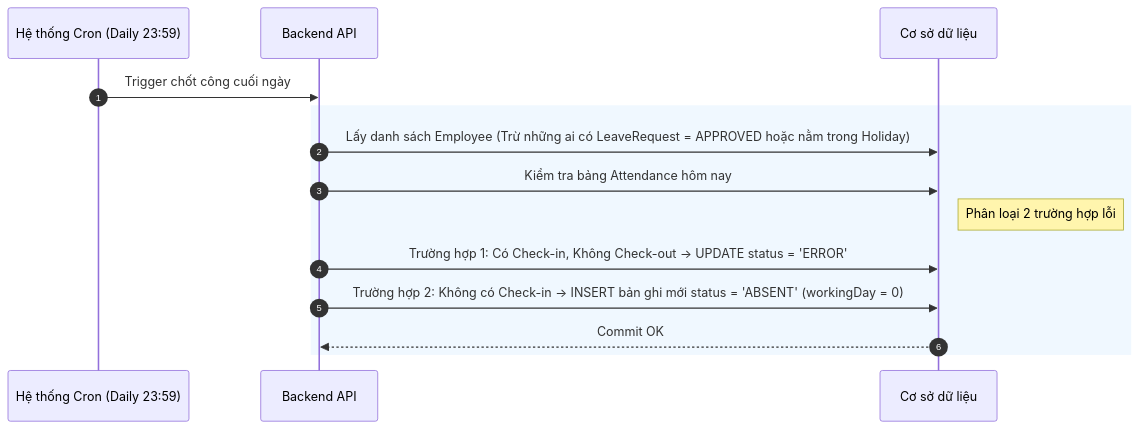
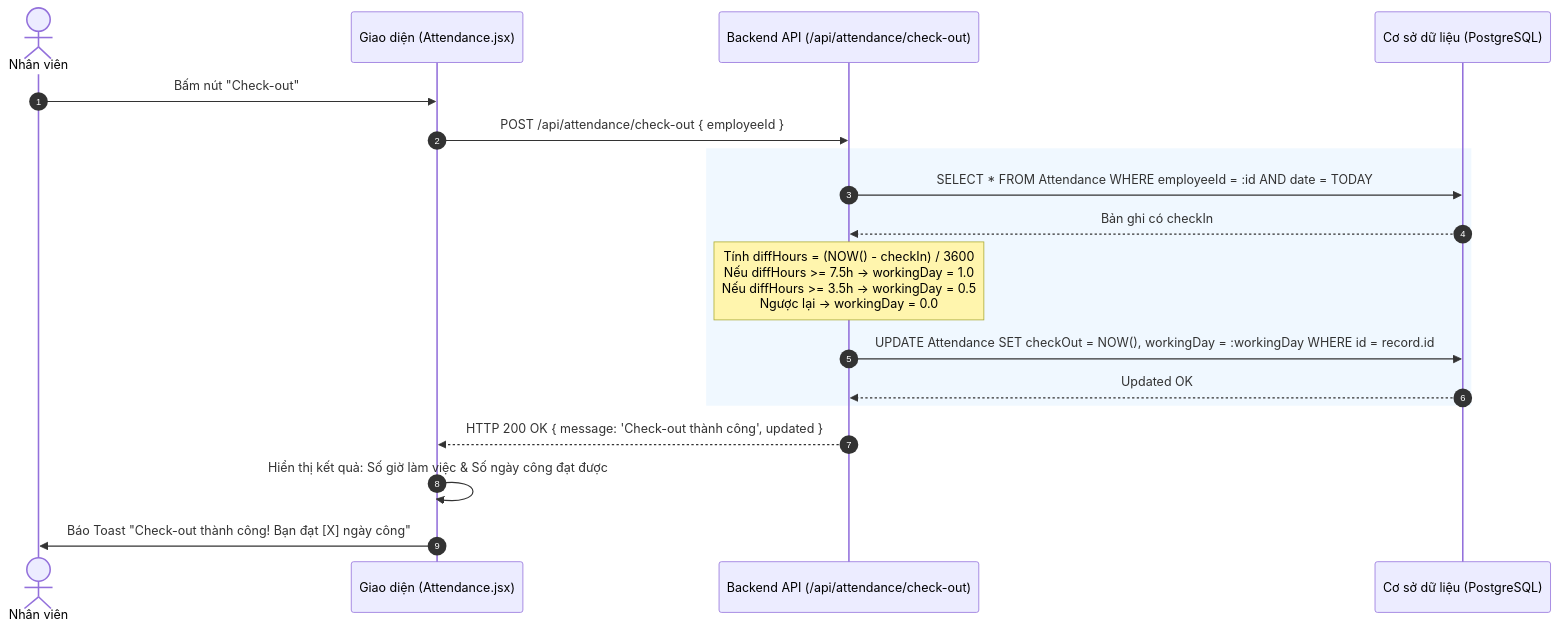
One commit to aye2710/HRM-DATN changed the seventh of 7 diagrams in docs/Tài liệu phân tích nghiệp vụ từng module/Module Chấm công/Chuc-nang-Checkin-Checkout.md. Above: the diagram before and after it, drawn with Mermaid. The commit also changed other lines of this file and 27 other files, not shown here.

````diff
--- a/docs/Tài liệu phân tích nghiệp vụ từng module/Module Chấm công/Chuc-nang-Checkin-Checkout.md
+++ b/docs/Tài liệu phân tích nghiệp vụ từng module/Module Chấm công/Chuc-nang-Checkin-Checkout.md
@@ -39,20 +258,25 @@
 ```mermaid
 sequenceDiagram
     autonumber
-    participant Cron as Hệ thống Cron (Daily 23:59)
-    participant BE as Backend API
-    participant DB as Cơ sở dữ liệu
+    actor NV as Nhân viên
+    participant FE as Giao diện (Attendance.jsx)
+    participant BE as Backend API (/api/attendance/check-out)
+    participant DB as Cơ sở dữ liệu (PostgreSQL)
 
-    Cron->>BE: Trigger chốt công cuối ngày
+    NV->>FE: Bấm nút "Check-out"
+    FE->>BE: POST /api/attendance/check-out { employeeId }
     
     rect rgb(240, 248, 255)
-        BE->>DB: Lấy danh sách Employee (Trừ những ai có LeaveRequest = APPROVED hoặc nằm trong Holiday)
-        BE->>DB: Kiểm tra bảng Attendance hôm nay
+        BE->>DB: SELECT * FROM Attendance WHERE employeeId = :id AND date = TODAY
+        DB-->>BE: Bản ghi có checkIn
         
-        note right of DB: Phân loại 2 trường hợp lỗi
-        BE->>DB: Trường hợp 1: Có Check-in, Không Check-out -> UPDATE status = 'ERROR'
-        BE->>DB: Trường hợp 2: Không có Check-in -> INSERT bản ghi mới status = 'ABSENT' (workingDay = 0)
+        Note over BE: Tính diffHours = (NOW() - checkIn) / 3600<br/>Nếu diffHours >= 7.5h -> workingDay = 1.0<br/>Nếu diffHours >= 3.5h -> workingDay = 0.5<br/>Ngược lại -> workingDay = 0.0
         
-        DB-->>BE: Commit OK
+        BE->>DB: UPDATE Attendance SET checkOut = NOW(), workingDay = :workingDay WHERE id = record.id
+        DB-->>BE: Updated OK
     end
+    
+    BE-->>FE: HTTP 200 OK { message: 'Check-out thành công', updated }
+    FE->>FE: Hiển thị kết quả: Số giờ làm việc & Số ngày công đạt được
+    FE->>NV: Báo Toast "Check-out thành công! Bạn đạt [X] ngày công"
 ```
````
